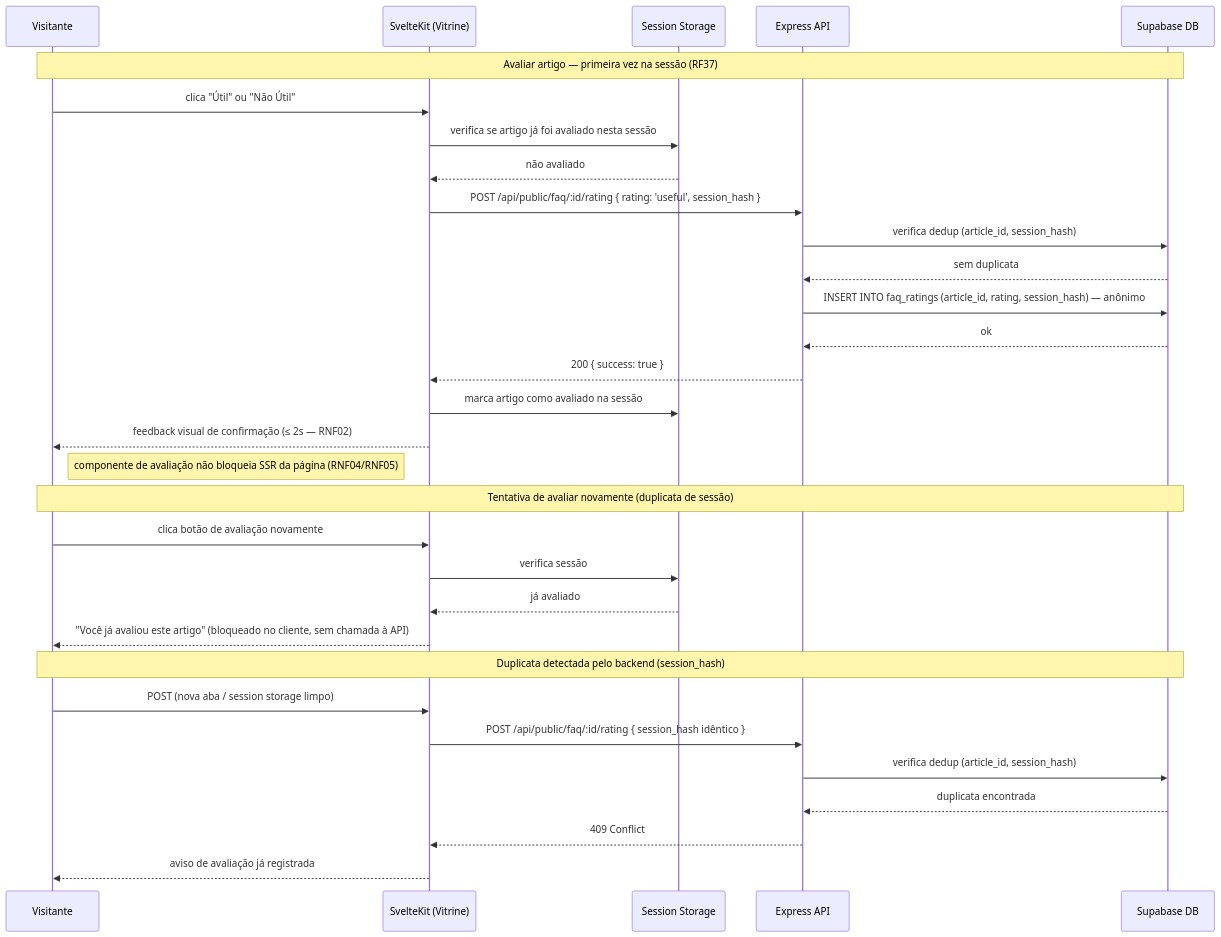
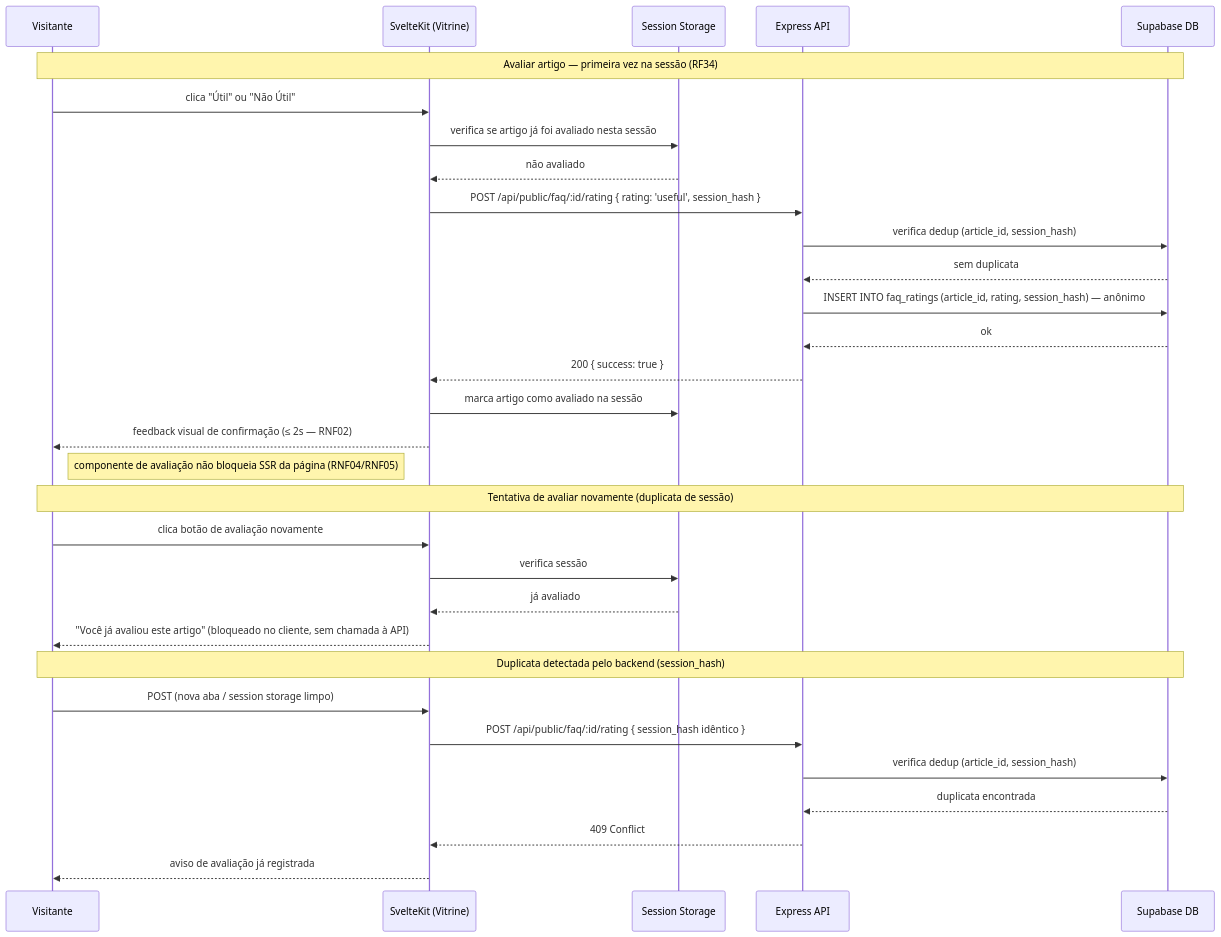
The tenth of 10 diagrams in gh-pages/docs/iteracoes/iteracao-1/features-entregues.md (mdsreq-fga-unb/REQ-2026.1-T02-Crianex-), drawn with Mermaid before and after one commit. The commit also changed other lines of this file and 3 other files, not shown here.

````diff
--- a/gh-pages/docs/iteracoes/iteracao-1/features-entregues.md
+++ b/gh-pages/docs/iteracoes/iteracao-1/features-entregues.md
@@ -757,36 +729,36 @@
 ```mermaid
 sequenceDiagram
     participant V as Visitante
     participant SK as SvelteKit (Vitrine)
     participant SS as Session Storage
     participant EX as Express API
     participant DB as Supabase DB
 
-    Note over V,DB: Avaliar artigo — primeira vez na sessão (RF37)
+    Note over V,DB: Avaliar artigo — primeira vez na sessão (RF34)
     V->>SK: clica "Útil" ou "Não Útil"
     SK->>SS: verifica se artigo já foi avaliado nesta sessão
     SS-->>SK: não avaliado
     SK->>EX: POST /api/public/faq/:id/rating { rating: 'useful', session_hash }
     EX->>DB: verifica dedup (article_id, session_hash)
     DB-->>EX: sem duplicata
     EX->>DB: INSERT INTO faq_ratings (article_id, rating, session_hash) — anônimo
     DB-->>EX: ok
     EX-->>SK: 200 { success: true }
     SK->>SS: marca artigo como avaliado na sessão
     SK-->>V: feedback visual de confirmação (≤ 2s — RNF02)
     Note right of V: componente de avaliação não bloqueia SSR da página (RNF04/RNF05)
 
     Note over V,DB: Tentativa de avaliar novamente (duplicata de sessão)
     V->>SK: clica botão de avaliação novamente
     SK->>SS: verifica sessão
     SS-->>SK: já avaliado
     SK-->>V: "Você já avaliou este artigo" (bloqueado no cliente, sem chamada à API)
 
     Note over V,DB: Duplicata detectada pelo backend (session_hash)
     V->>SK: POST (nova aba / session storage limpo)
     SK->>EX: POST /api/public/faq/:id/rating { session_hash idêntico }
     EX->>DB: verifica dedup (article_id, session_hash)
     DB-->>EX: duplicata encontrada
     EX-->>SK: 409 Conflict
     SK-->>V: aviso de avaliação já registrada
 ```
````
